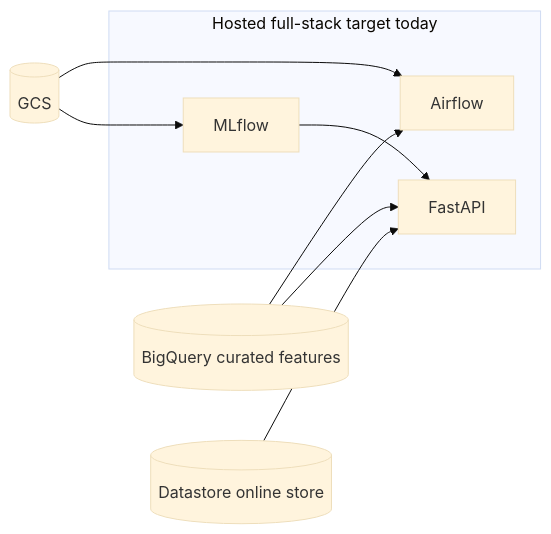
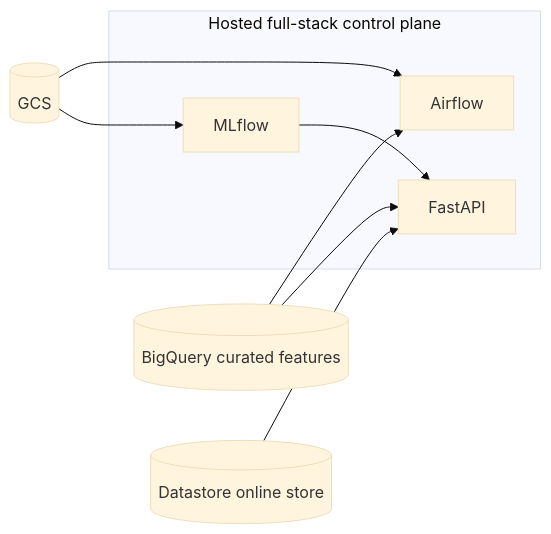
The fourth of 5 diagrams in docs/site/system/architecture.md (javihslu/foehncast), drawn with Mermaid (base theme) before and after one commit. The commit also changed other lines of this file and 15 other files, not shown here.

```diff
--- a/docs/site/system/architecture.md
+++ b/docs/site/system/architecture.md
@@ -116,14 +116,14 @@
 <div class="mermaid">
 flowchart LR
-    subgraph Host[Hosted full-stack target today]
+    subgraph Host[Hosted full-stack control plane]
         HAF[Airflow]
         HML[MLflow]
         HAPI[FastAPI]
     end
     GCS[(GCS)] --> HAF
     GCS --> HML
     BQ[(BigQuery curated features)] --> HAF
     BQ --> HAPI
     HML --> HAPI
     DS[(Datastore online store)] --> HAPI
 </div>
```
